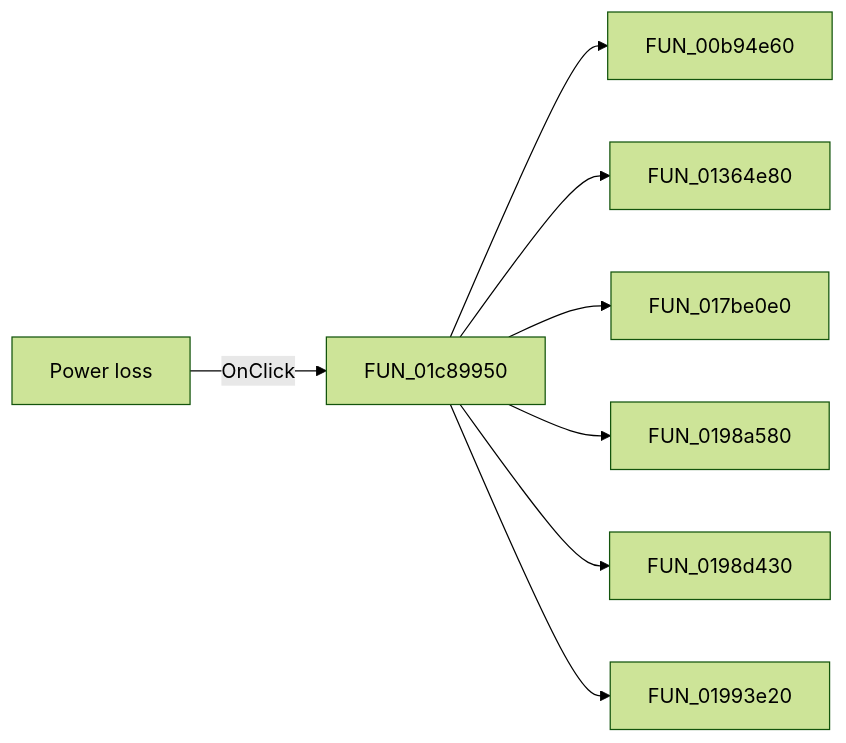
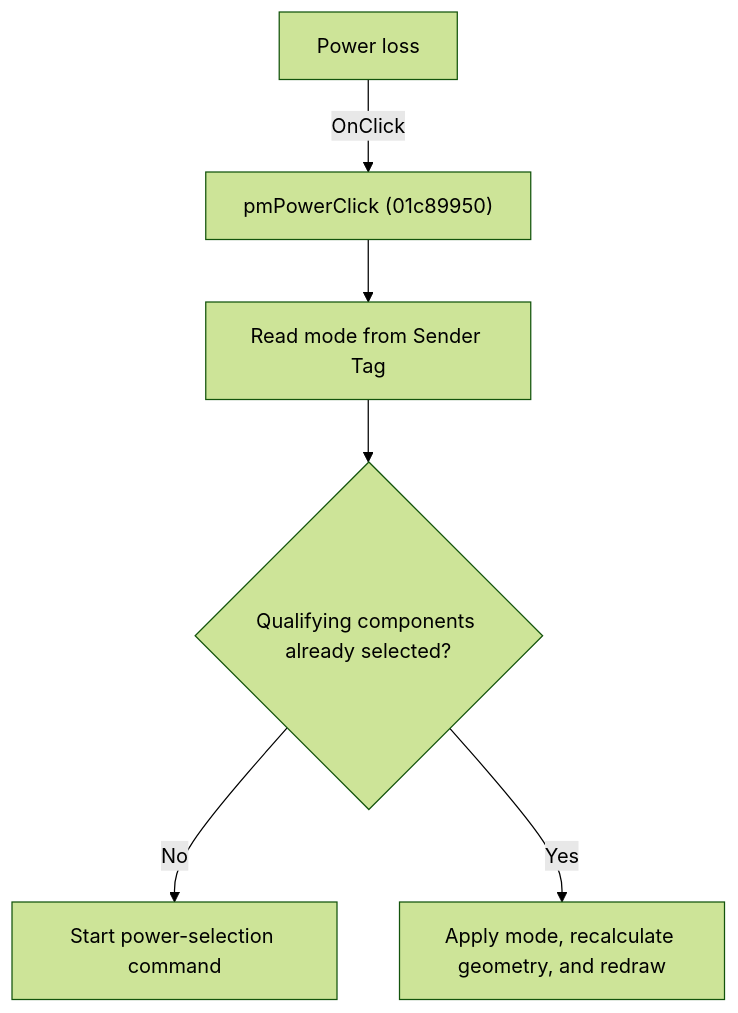
Before and after one commit to MovGP0/TIARA: the diagram in docs/ui-controls/schematiceditor/pmpwrloss-e9d0a9d2ec.md, drawn with Mermaid (forest theme). The commit also changed other lines of this file and 1062 other files, not shown here.

````diff
--- a/docs/ui-controls/schematiceditor/pmpwrloss-e9d0a9d2ec.md
+++ b/docs/ui-controls/schematiceditor/pmpwrloss-e9d0a9d2ec.md
@@ -27,10 +27,8 @@
 ```mermaid
-flowchart LR
-    control["Power loss"] -->|OnClick| handler["FUN_01c89950"]
-    handler --> call1["FUN_00b94e60"]
-    handler --> call2["FUN_01364e80"]
-    handler --> call3["FUN_017be0e0"]
-    handler --> call4["FUN_0198a580"]
-    handler --> call5["FUN_0198d430"]
-    handler --> call6["FUN_01993e20"]
+flowchart TD
+    control["Power loss"] -->|"OnClick"| handler["pmPowerClick (01c89950)"]
+    handler --> tag["Read mode from Sender Tag"]
+    tag --> selection{"Qualifying components already selected?"}
+    selection -->|"No"| tool["Start power-selection command"]
+    selection -->|"Yes"| apply["Apply mode, recalculate geometry, and redraw"]
 ```
````
